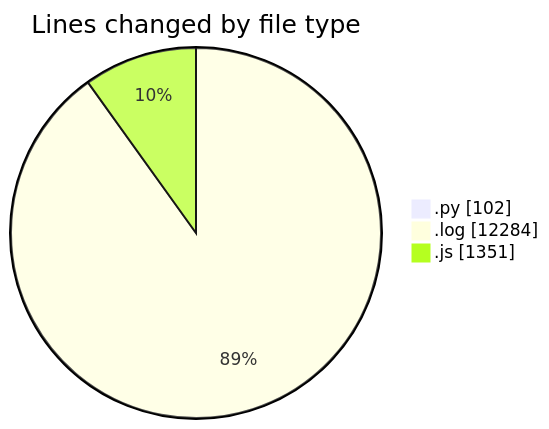
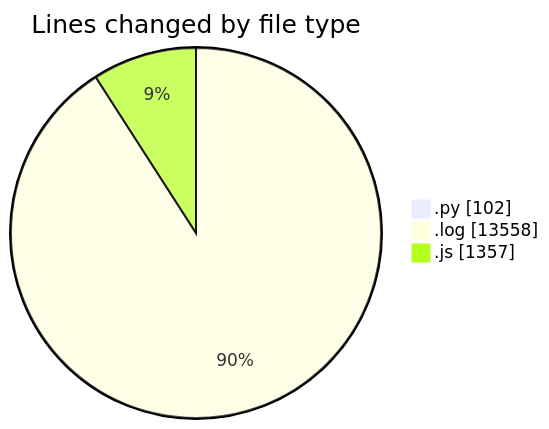
Before and after one commit to nxtqubesakshisongat/code-tracking: the first of 2 diagrams in 2025-04-19/nxtqube_webapp/README.md, drawn with Mermaid. The commit also changed other lines of this file and 1 other file, not shown here.

````diff
--- a/2025-04-19/nxtqube_webapp/README.md
+++ b/2025-04-19/nxtqube_webapp/README.md
@@ -29,7 +30,7 @@
 ```mermaid
 pie showData
 title Lines changed by file type
 ".py" : 102
-".log" : 12284
-".js" : 1351
+".log" : 13558
+".js" : 1357
 ```
````
